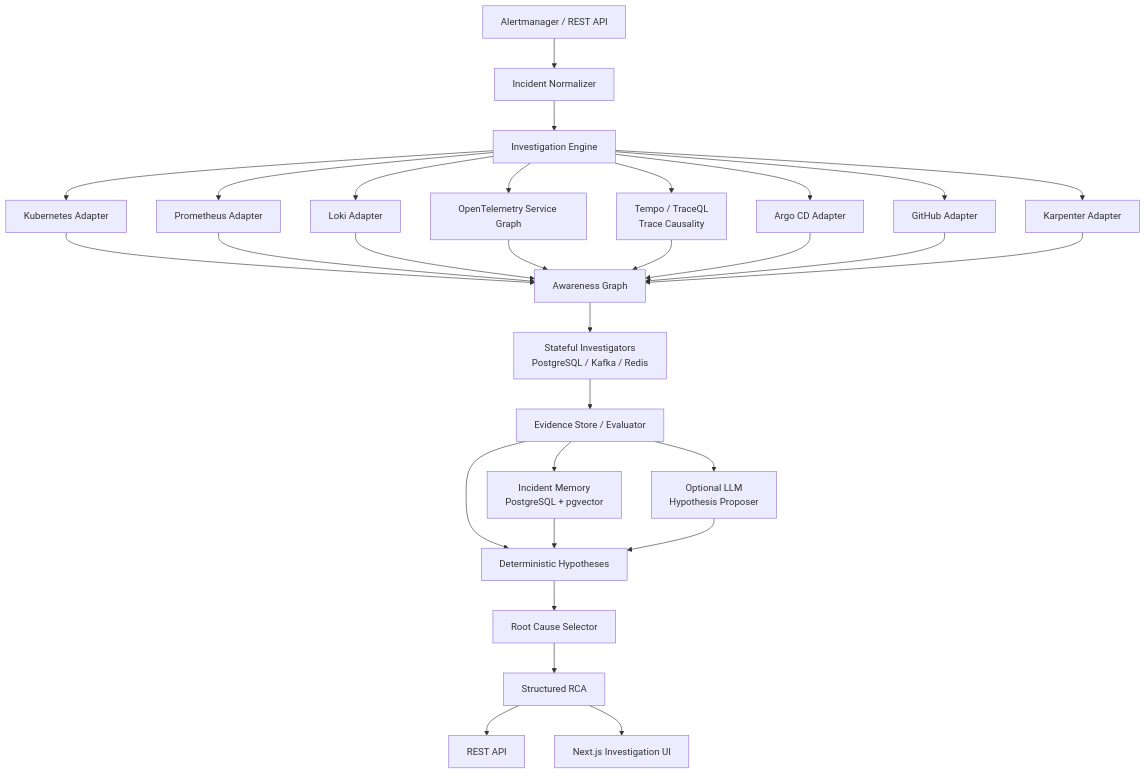
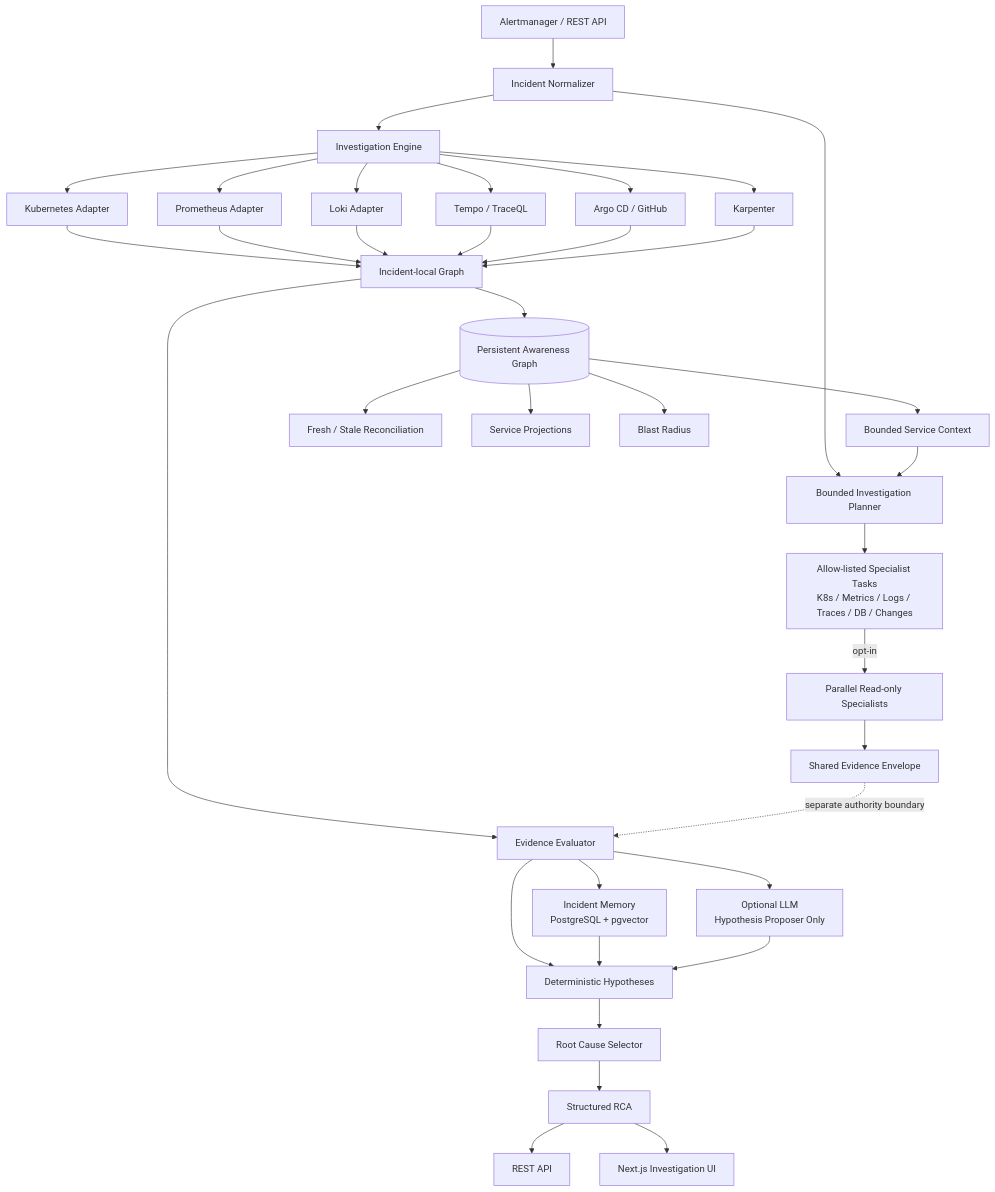
Before and after one commit to marcocristofolini/ai-sre-rca: the first of 18 diagrams in docs/architecture.md, drawn with Mermaid. The commit also changed other lines of this file and 38 other files, not shown here.

First line of the commit message:
feat: v0.8 persistent awareness graph foundation (#18)

````diff
--- a/docs/architecture.md
+++ b/docs/architecture.md
@@ -7,36 +7,43 @@
 ```mermaid
 flowchart TD
     A[Alertmanager / REST API] --> N[Incident Normalizer]
+    N --> PLAN[Bounded Investigation Planner]
     N --> I[Investigation Engine]
+
+    PAG[(Persistent Awareness Graph)] --> CTX[Bounded Service Context]
+    CTX --> PLAN
+    PLAN --> PT[Allow-listed Specialist Tasks<br/>K8s / Metrics / Logs / Traces / DB / Changes]
+    PT -->|opt-in| ORCH[Parallel Read-only Specialists]
+    ORCH --> SE[Shared Evidence Envelope]
 
     I --> K[Kubernetes Adapter]
     I --> P[Prometheus Adapter]
     I --> L[Loki Adapter]
-    I --> O[OpenTelemetry Service Graph]
-    I --> T[Tempo / TraceQL<br/>Trace Causality]
-    I --> AR[Argo CD Adapter]
-    I --> GH[GitHub Adapter]
-    I --> KA[Karpenter Adapter]
+    I --> T[Tempo / TraceQL]
+    I --> AR[Argo CD / GitHub]
+    I --> KA[Karpenter]
 
-    K --> G[Awareness Graph]
-    P --> G
-    L --> G
-    O --> G
-    T --> G
-    AR --> G
-    GH --> G
-    KA --> G
+    K --> LG[Incident-local Graph]
+    P --> LG
+    L --> LG
+    T --> LG
+    AR --> LG
+    KA --> LG
 
-    G --> SD[Stateful Investigators<br/>PostgreSQL / Kafka / Redis]
-    SD --> EV[Evidence Store / Evaluator]
+    LG --> EV[Evidence Evaluator]
+    SE -. separate authority boundary .-> EV
+    LG --> PAG
+    PAG --> REC[Fresh / Stale Reconciliation]
+    PAG --> SV[Service Projections]
+    PAG --> BR[Blast Radius]
+
     EV --> H[Deterministic Hypotheses]
     EV --> MEM[Incident Memory<br/>PostgreSQL + pgvector]
-    EV --> LLM[Optional LLM<br/>Hypothesis Proposer]
-
+    EV --> LLM[Optional LLM<br/>Hypothesis Proposer Only]
     MEM --> H
     LLM --> H
     H --> RC[Root Cause Selector]
     RC --> RCA[Structured RCA]
     RCA --> API[REST API]
     RCA --> UI[Next.js Investigation UI]
 ```
````
